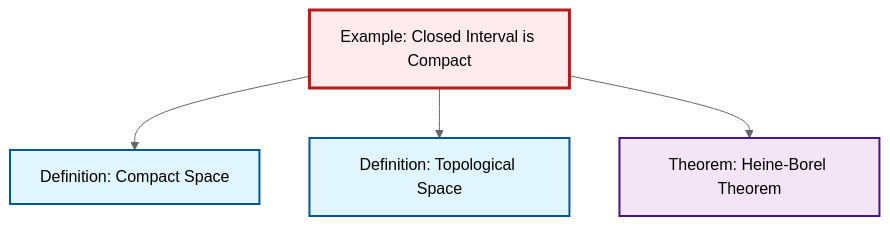
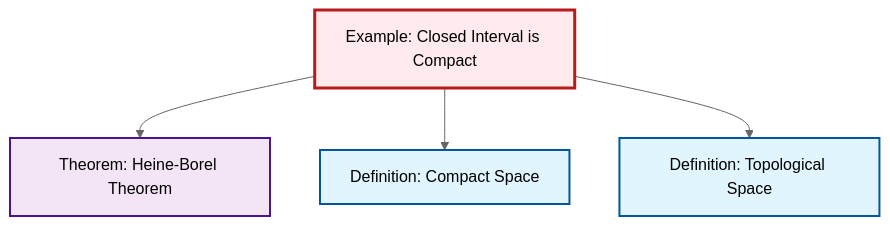
Before and after one commit to RK0429/ModernMath: the diagram in content/ja/topology/ex-closed-interval-compact.qmd, drawn with Mermaid (neutral theme). The commit also changed other lines of this file and 491 other files, not shown here.

````diff
--- a/content/ja/topology/ex-closed-interval-compact.qmd
+++ b/content/ja/topology/ex-closed-interval-compact.qmd
@@ -55,20 +55,20 @@
 ```{mermaid}
 %%| fig-cap: "Local dependency graph"
 graph TD
     classDef definition fill:#e1f5fe,stroke:#01579b,stroke-width:2px
     classDef theorem fill:#f3e5f5,stroke:#4a148c,stroke-width:2px
     classDef axiom fill:#fff3e0,stroke:#e65100,stroke-width:2px
     classDef example fill:#e8f5e9,stroke:#1b5e20,stroke-width:2px
     classDef current fill:#ffebee,stroke:#b71c1c,stroke-width:3px
+    def-compact["Definition: Compact Space"]:::definition
+    ex-closed-interval-compact["Example: Closed Interval is Compact"]:::example
     thm-heine-borel["Theorem: Heine-Borel Theorem"]:::theorem
     def-topological-space["Definition: Topological Space"]:::definition
-    def-compact["Definition: Compact Space"]:::definition
-    ex-closed-interval-compact["Example: Closed Interval is Compact"]:::example
+    ex-closed-interval-compact --> thm-heine-borel
     ex-closed-interval-compact --> def-compact
     ex-closed-interval-compact --> def-topological-space
-    ex-closed-interval-compact --> thm-heine-borel
     class ex-closed-interval-compact current
+    click def-compact "def-compact.html" "Definition: Compact Spaceへ"
     click thm-heine-borel "thm-heine-borel.html" "Theorem: Heine-Borel Theoremへ"
     click def-topological-space "def-topological-space.html" "Definition: Topological Spaceへ"
-    click def-compact "def-compact.html" "Definition: Compact Spaceへ"
 ```
````
